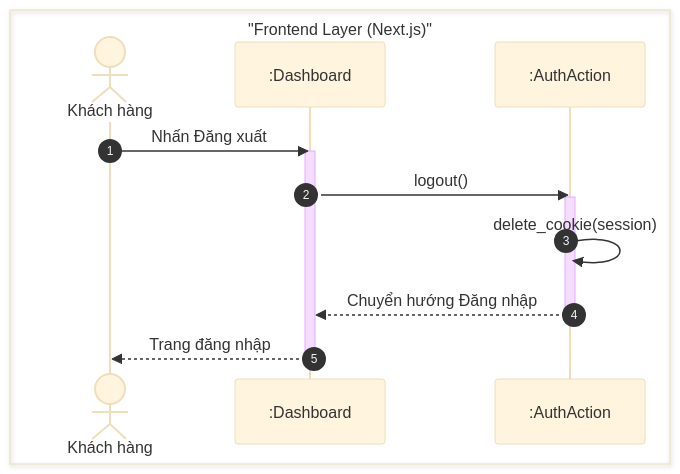
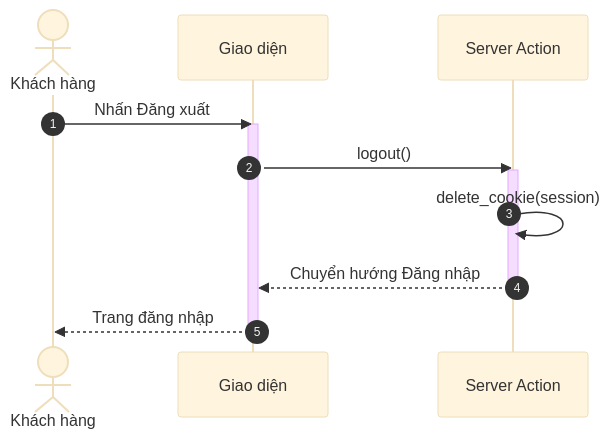
One commit to ngoctinn/Synapse changed the eighth of 8 diagrams in docs/design/sequences/authentication.md. Above: the diagram before and after it, drawn with Mermaid (base theme). The commit also changed other lines of this file and 4 other files, not shown here.

Commit message:
docs: Add initial sequence diagrams for admin, authentication, customer, receptionist, and technician flows.

````diff
--- a/docs/design/sequences/authentication.md
+++ b/docs/design/sequences/authentication.md
@@ -406,21 +371,19 @@
 ```mermaid
 sequenceDiagram
     autonumber
-    box "Frontend Layer (Next.js)"
-        actor KH as Khách hàng
-        participant UI as :Dashboard
-        participant BFF as :AuthAction
-    end
+    actor KH as Khách hàng
+    participant UI as Giao diện
+    participant BFF as Server Action
 
     KH->>UI: Nhấn Đăng xuất
     activate UI
     UI->>BFF: logout()
     activate BFF
 
     BFF->>BFF: delete_cookie(session)
     BFF-->>UI: Chuyển hướng Đăng nhập
     deactivate BFF
 
     UI-->>KH: Trang đăng nhập
     deactivate UI
 ```
````
